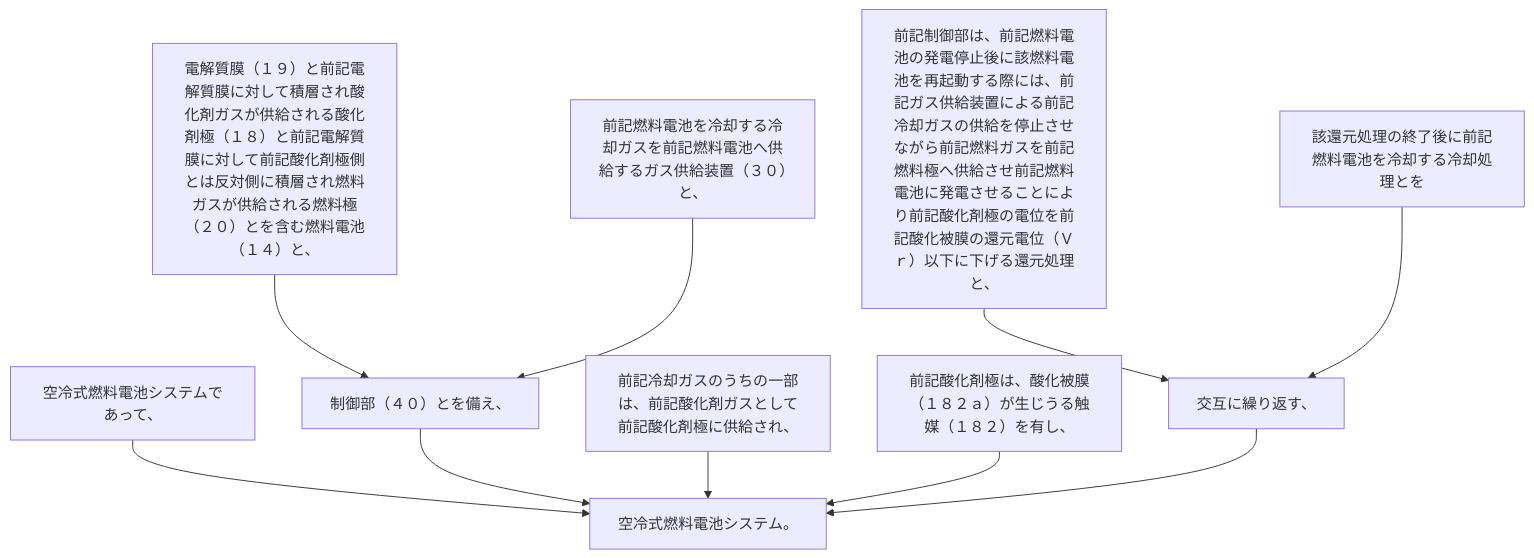
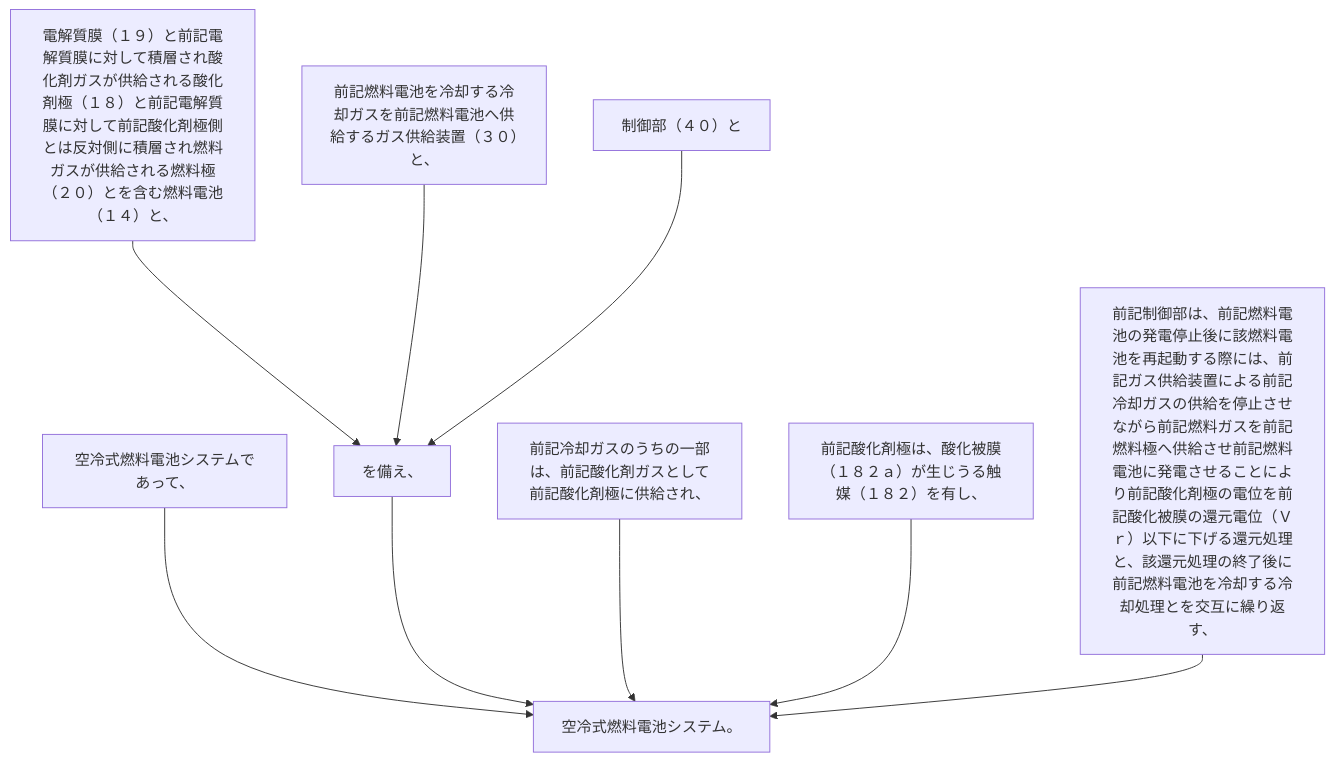
Before and after one commit to shinmori55/patent_analyzed: the diagram in 2024/JP2024017767A/claim_1/README.md, drawn with Mermaid. The commit also changed 336 other files, not shown here.

````diff
--- a/2024/JP2024017767A/claim_1/README.md
+++ b/2024/JP2024017767A/claim_1/README.md
@@ -8,22 +8,20 @@
 ```mermaid
 flowchart TD
 A[空冷式燃料電池システムであって、]
 B[電解質膜（１９）と前記電解質膜に対して積層され酸化剤ガスが供給される酸化剤極（１８）と前記電解質膜に対して前記酸化剤極側とは反対側に積層され燃料ガスが供給される燃料極（２０）とを含む燃料電池（１４）と、]
 C[前記燃料電池を冷却する冷却ガスを前記燃料電池へ供給するガス供給装置（３０）と、]
-D[制御部（４０）とを備え、]
-E[前記冷却ガスのうちの一部は、前記酸化剤ガスとして前記酸化剤極に供給され、]
-F[前記酸化剤極は、酸化被膜（１８２ａ）が生じうる触媒（１８２）を有し、]
-G[前記制御部は、前記燃料電池の発電停止後に該燃料電池を再起動する際には、前記ガス供給装置による前記冷却ガスの供給を停止させながら前記燃料ガスを前記燃料極へ供給させ前記燃料電池に発電させることにより前記酸化剤極の電位を前記酸化被膜の還元電位（Ｖｒ）以下に下げる還元処理と、]
-H[該還元処理の終了後に前記燃料電池を冷却する冷却処理とを]
-I[交互に繰り返す、]
-J[空冷式燃料電池システム。]
-A --> J
-B --> D
-C --> D
-D --> J
-E --> J
-F --> J
+D[制御部（４０）と]
+E[を備え、]
+F[前記冷却ガスのうちの一部は、前記酸化剤ガスとして前記酸化剤極に供給され、]
+G[前記酸化剤極は、酸化被膜（１８２ａ）が生じうる触媒（１８２）を有し、]
+H[前記制御部は、前記燃料電池の発電停止後に該燃料電池を再起動する際には、前記ガス供給装置による前記冷却ガスの供給を停止させながら前記燃料ガスを前記燃料極へ供給させ前記燃料電池に発電させることにより前記酸化剤極の電位を前記酸化被膜の還元電位（Ｖｒ）以下に下げる還元処理と、該還元処理の終了後に前記燃料電池を冷却する冷却処理とを交互に繰り返す、]
+I[空冷式燃料電池システム。]
+A --> I
+B --> E
+C --> E
+D --> E
+E --> I
+F --> I
 G --> I
 H --> I
-I --> J
 ```
````
